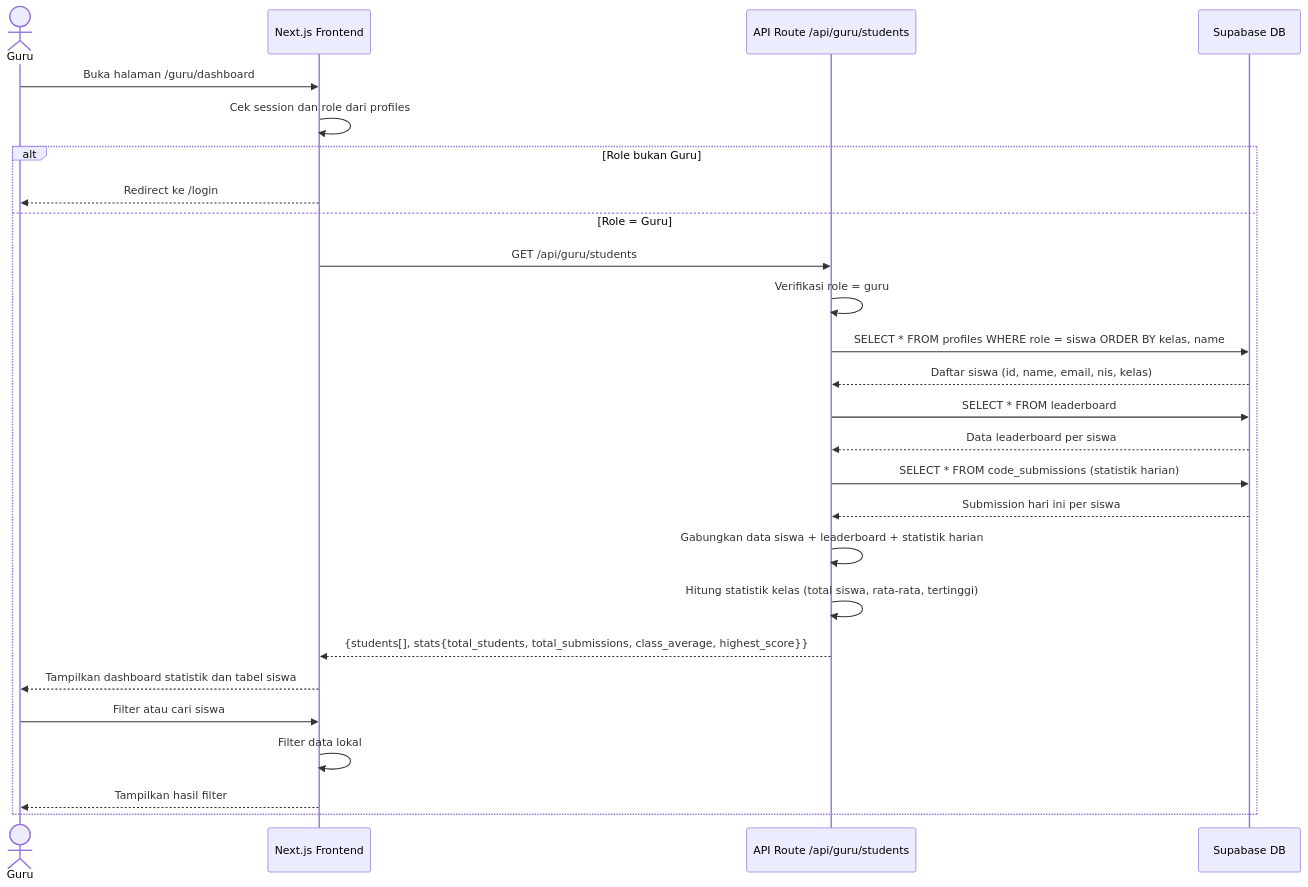
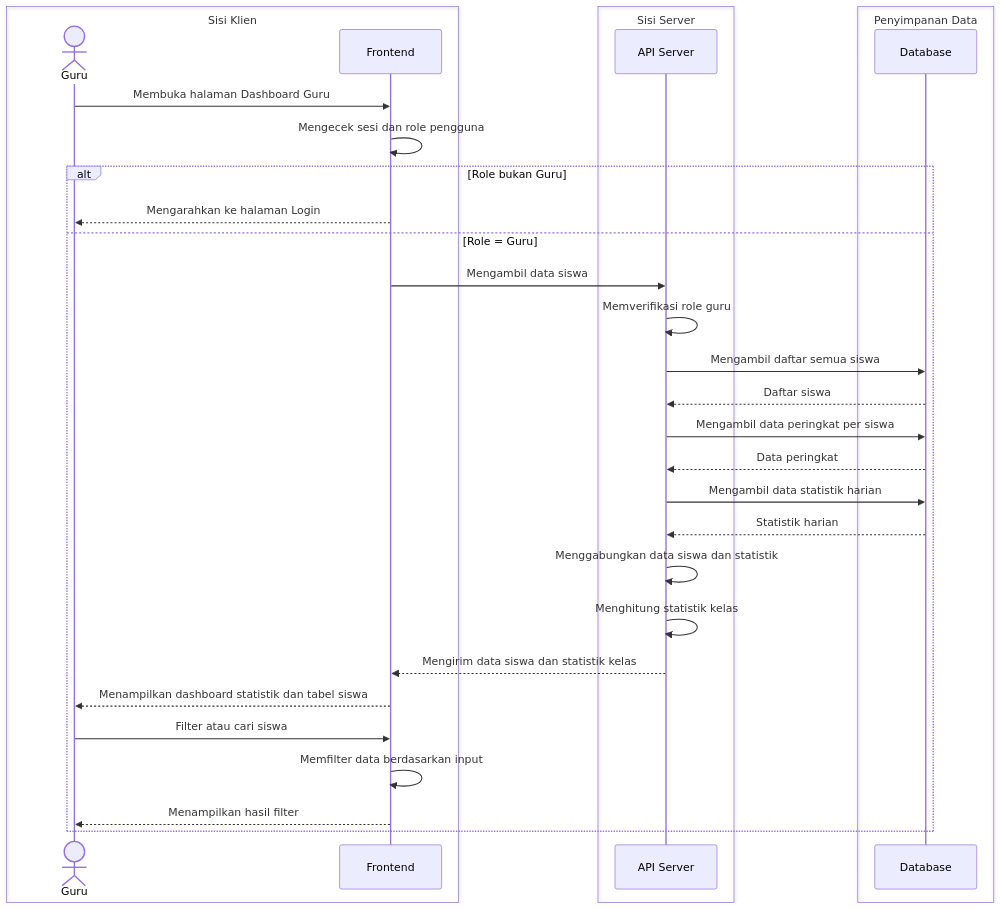
One commit to solikhulmauludin22014-ops/CLING changed diagram 18 of 25 in DIAGRAMS.md. Above: the diagram before and after it, drawn with Mermaid. The commit also changed other lines of this file and 5 other files, not shown here.

````diff
--- a/DIAGRAMS.md
+++ b/DIAGRAMS.md
@@ -766,29 +816,35 @@
 ```mermaid
 sequenceDiagram
-    actor Guru as Guru
-    participant FE as Next.js Frontend
-    participant API as API Route /api/guru/students
-    participant DB as Supabase DB
+    box Sisi Klien
+        actor Guru as Guru
+        participant FE as Frontend
+    end
+    box Sisi Server
+        participant API as API Server
+    end
+    box Penyimpanan Data
+        participant DB as Database
+    end
 
-    Guru->>FE: Buka halaman /guru/dashboard
-    FE->>FE: Cek session dan role dari profiles
+    Guru->>FE: Membuka halaman Dashboard Guru
+    FE->>FE: Mengecek sesi dan role pengguna
     alt Role bukan Guru
-        FE-->>Guru: Redirect ke /login
+        FE-->>Guru: Mengarahkan ke halaman Login
     else Role = Guru
-        FE->>API: GET /api/guru/students
-        API->>API: Verifikasi role = guru
-        API->>DB: SELECT * FROM profiles WHERE role = siswa ORDER BY kelas, name
-        DB-->>API: Daftar siswa (id, name, email, nis, kelas)
-        API->>DB: SELECT * FROM leaderboard
-        DB-->>API: Data leaderboard per siswa
-        API->>DB: SELECT * FROM code_submissions (statistik harian)
-        DB-->>API: Submission hari ini per siswa
-        API->>API: Gabungkan data siswa + leaderboard + statistik harian
-        API->>API: Hitung statistik kelas (total siswa, rata-rata, tertinggi)
-        API-->>FE: {students[], stats{total_students, total_submissions, class_average, highest_score}}
-        FE-->>Guru: Tampilkan dashboard statistik dan tabel siswa
+        FE->>API: Mengambil data siswa
+        API->>API: Memverifikasi role guru
+        API->>DB: Mengambil daftar semua siswa
+        DB-->>API: Daftar siswa
+        API->>DB: Mengambil data peringkat per siswa
+        DB-->>API: Data peringkat
+        API->>DB: Mengambil data statistik harian
+        DB-->>API: Statistik harian
+        API->>API: Menggabungkan data siswa dan statistik
+        API->>API: Menghitung statistik kelas
+        API-->>FE: Mengirim data siswa dan statistik kelas
+        FE-->>Guru: Menampilkan dashboard statistik dan tabel siswa
         Guru->>FE: Filter atau cari siswa
-        FE->>FE: Filter data lokal
-        FE-->>Guru: Tampilkan hasil filter
+        FE->>FE: Memfilter data berdasarkan input
+        FE-->>Guru: Menampilkan hasil filter
     end
 ```
````
